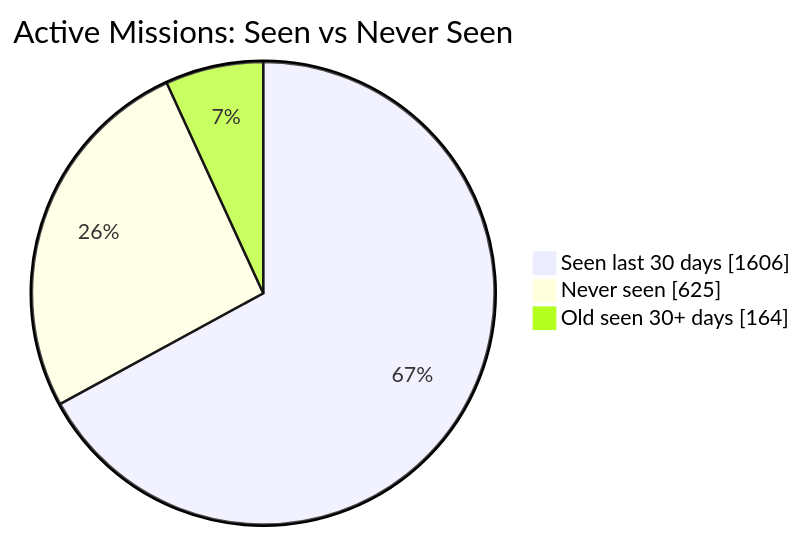
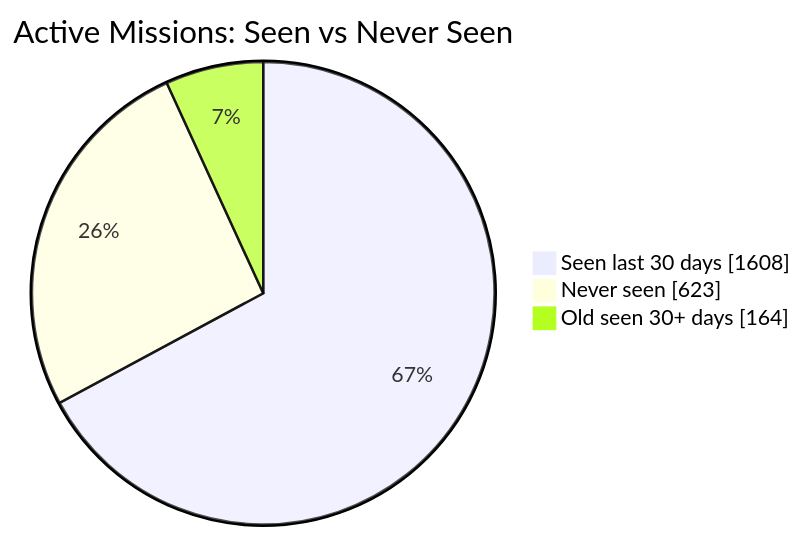
The first of 2 diagrams in README.md (MeldkamerspelGameTeam/active-missions), drawn with Mermaid before and after one commit. The commit also changed other lines of this file and 3 other files, not shown here.

````diff
--- a/README.md
+++ b/README.md
@@ -34,7 +34,7 @@
 ```mermaid
 pie showData
     title Active Missions: Seen vs Never Seen
-    "Seen last 30 days" : 1606
-    "Never seen" : 625
+    "Seen last 30 days" : 1608
+    "Never seen" : 623
     "Old seen 30+ days" : 164
 ```
````
